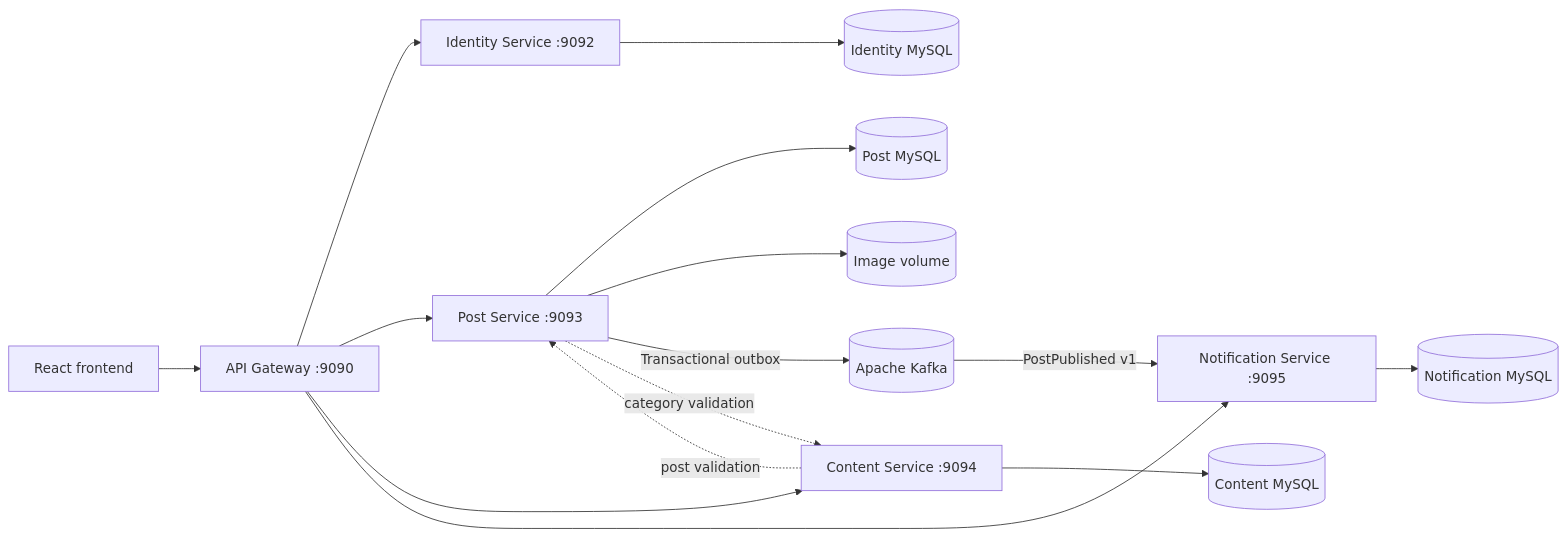
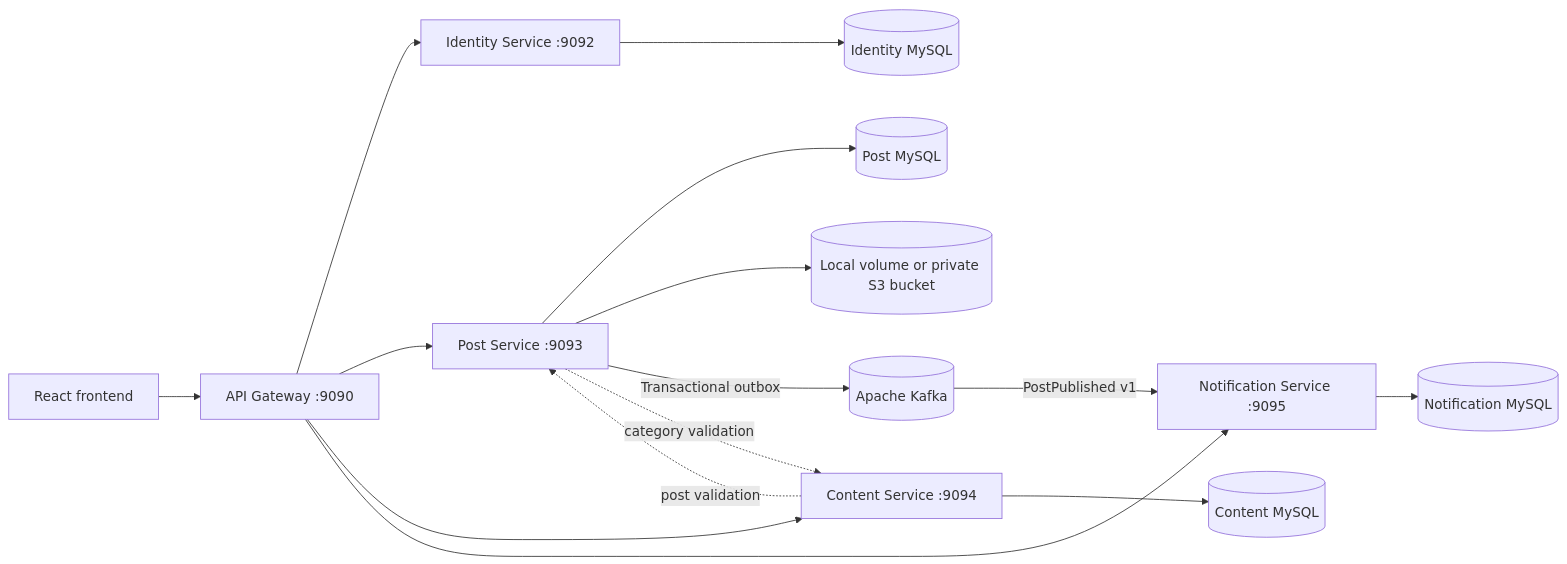
The diagram in README.md (studywithdanish/microservices-backend), drawn with Mermaid before and after one commit. The commit also changed other lines of this file and 22 other files, not shown here.

````diff
--- a/README.md
+++ b/README.md
@@ -13,17 +13,17 @@
 ```mermaid
 flowchart LR
     Frontend[React frontend] --> Gateway[API Gateway :9090]
     Gateway --> Identity[Identity Service :9092]
     Gateway --> Post[Post Service :9093]
     Gateway --> Content[Content Service :9094]
     Gateway --> Notification[Notification Service :9095]
     Identity --> IdentityDb[(Identity MySQL)]
     Post --> PostDb[(Post MySQL)]
-    Post --> Images[(Image volume)]
+    Post --> Images[(Local volume or private S3 bucket)]
     Content --> ContentDb[(Content MySQL)]
     Post -->|Transactional outbox| Kafka[(Apache Kafka)]
     Kafka -->|PostPublished v1| Notification
     Notification --> NotificationDb[(Notification MySQL)]
     Post -. category validation .-> Content
     Content -. post validation .-> Post
 ```
````
